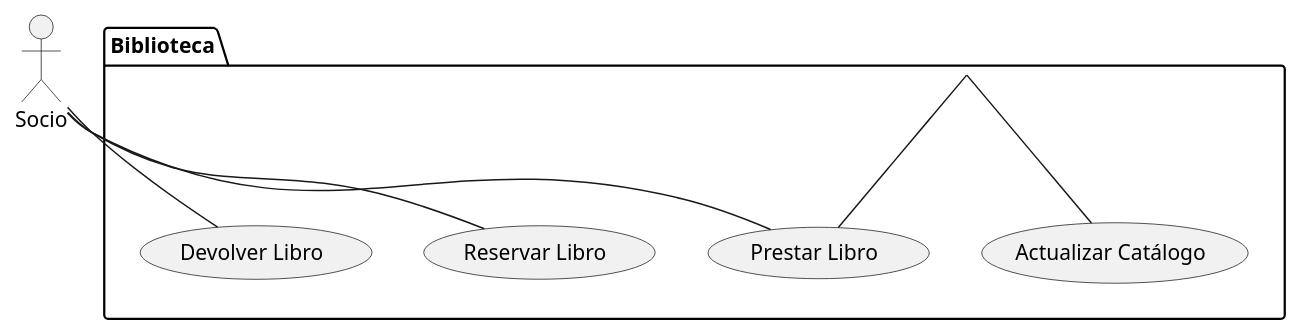
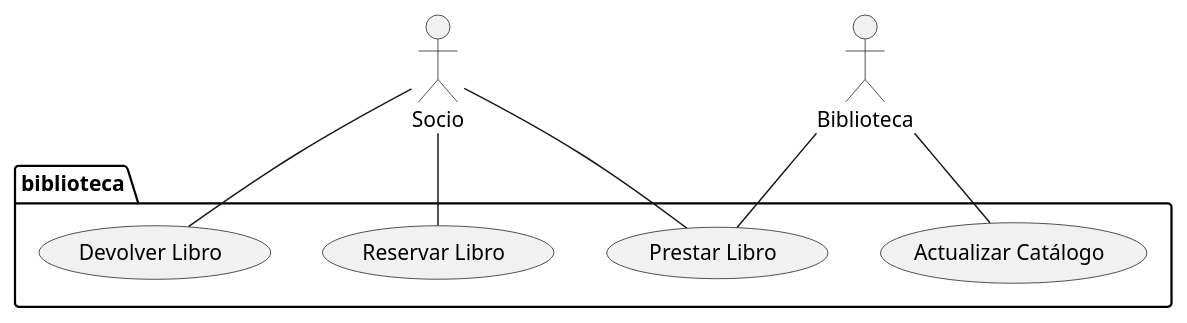
Before and after one commit to Ivandorum/CasosUML2: the diagram in Biblioteca.puml, drawn with PlantUML.

Commit message:
Modificado el nombre del package, que era igual que el nombre de actor

```diff
--- a/Biblioteca.puml
+++ b/Biblioteca.puml
@@ -1,19 +1,19 @@
 @startuml
 
 :Socio:
 
 :Biblioteca:
 
-package Biblioteca {
+package biblioteca {
 (Reservar Libro)
 (Prestar Libro)
 (Devolver Libro)
 (Actualizar Catálogo)
 }
 
 Socio -- (Reservar Libro)
 Socio -- (Devolver Libro)
 Socio -- (Prestar Libro)
 Biblioteca -- (Actualizar Catálogo)
 Biblioteca -- (Prestar Libro)
 @enduml
```
